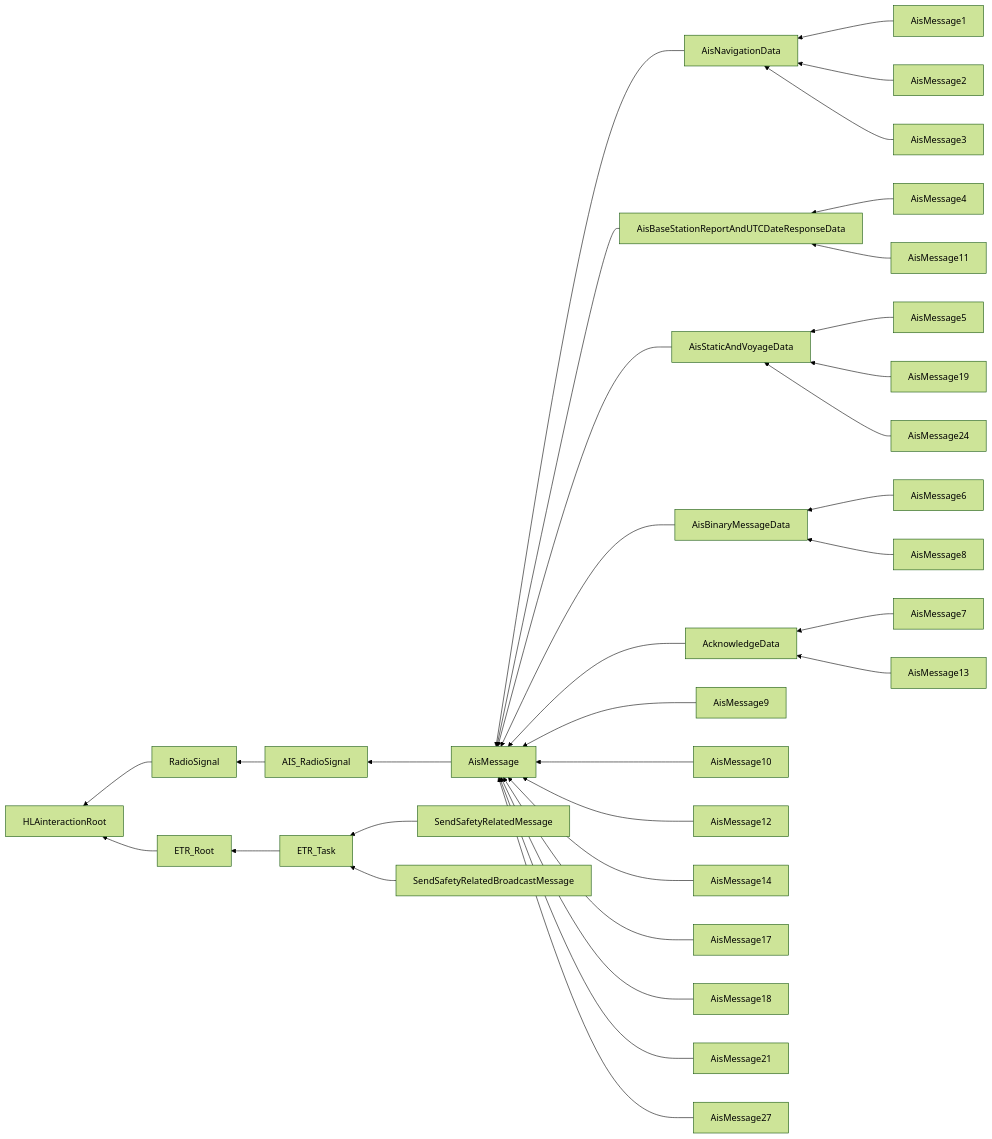
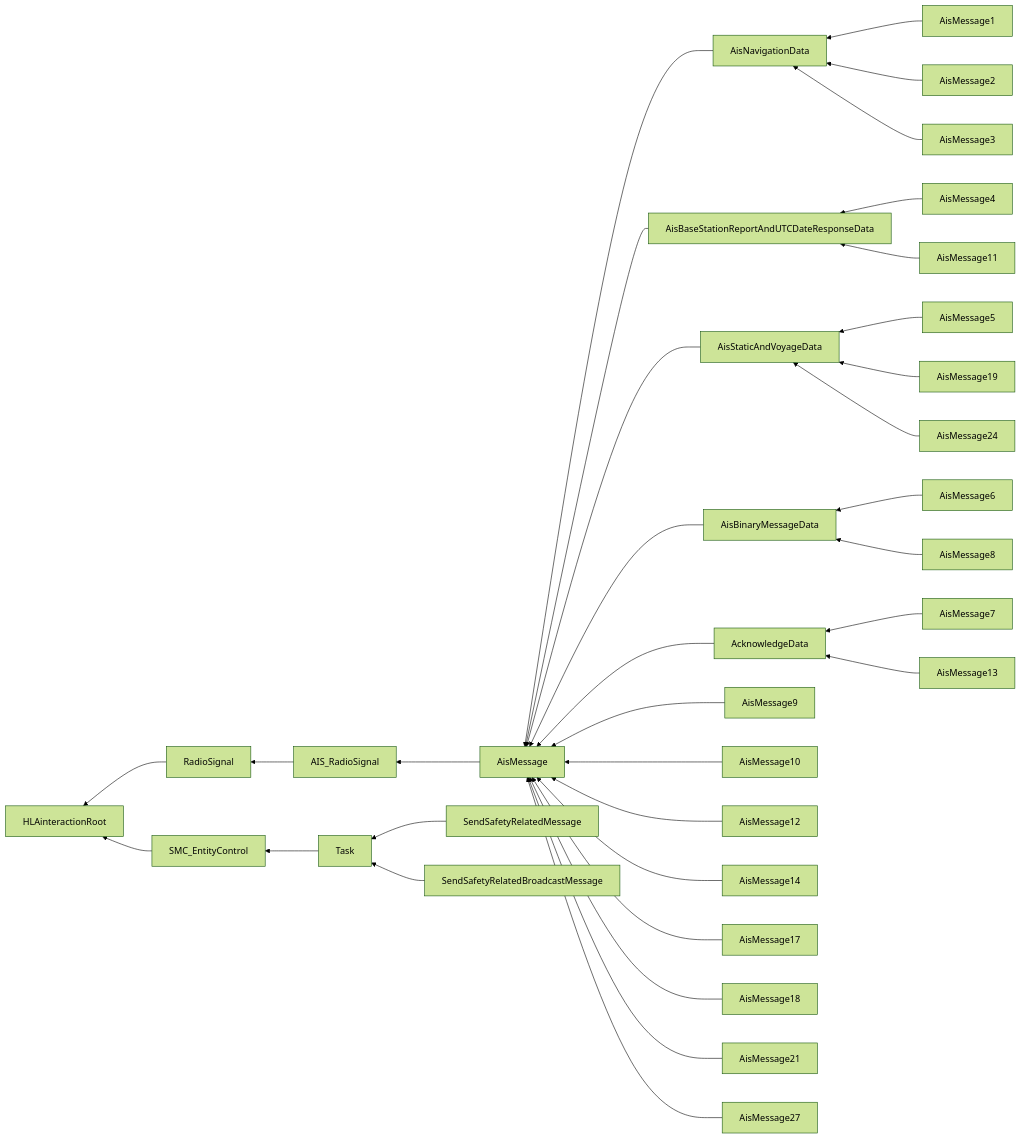
Before and after one commit to AMSP-04/NETN-AIS: the second of 2 diagrams in NETN-AIS.md, drawn with Mermaid (forest theme). The commit also changed other lines of this file and 2 other files, not shown here.

Commit message:
SMC adjustments

````diff
--- a/NETN-AIS.md
+++ b/NETN-AIS.md
@@ -193,35 +194,35 @@
 ```mermaid
 graph RL
 RadioSignal-->HLAinteractionRoot
-ETR_Root-->HLAinteractionRoot
+SMC_EntityControl-->HLAinteractionRoot
 AIS_RadioSignal-->RadioSignal
 AisMessage-->AIS_RadioSignal
 AisNavigationData-->AisMessage
 AisBaseStationReportAndUTCDateResponseData-->AisMessage
 AisStaticAndVoyageData-->AisMessage
 AisBinaryMessageData-->AisMessage
 AcknowledgeData-->AisMessage
 AisMessage9-->AisMessage
 AisMessage10-->AisMessage
 AisMessage12-->AisMessage
 AisMessage14-->AisMessage
 AisMessage17-->AisMessage
 AisMessage18-->AisMessage
 AisMessage21-->AisMessage
 AisMessage27-->AisMessage
 AisMessage1-->AisNavigationData
 AisMessage2-->AisNavigationData
 AisMessage3-->AisNavigationData
 AisMessage4-->AisBaseStationReportAndUTCDateResponseData
 AisMessage11-->AisBaseStationReportAndUTCDateResponseData
 AisMessage5-->AisStaticAndVoyageData
 AisMessage19-->AisStaticAndVoyageData
 AisMessage24-->AisStaticAndVoyageData
 AisMessage6-->AisBinaryMessageData
 AisMessage8-->AisBinaryMessageData
 AisMessage7-->AcknowledgeData
 AisMessage13-->AcknowledgeData
-ETR_Task-->ETR_Root
-SendSafetyRelatedMessage-->ETR_Task
-SendSafetyRelatedBroadcastMessage-->ETR_Task
+Task-->SMC_EntityControl
+SendSafetyRelatedMessage-->Task
+SendSafetyRelatedBroadcastMessage-->Task
 ```
````
